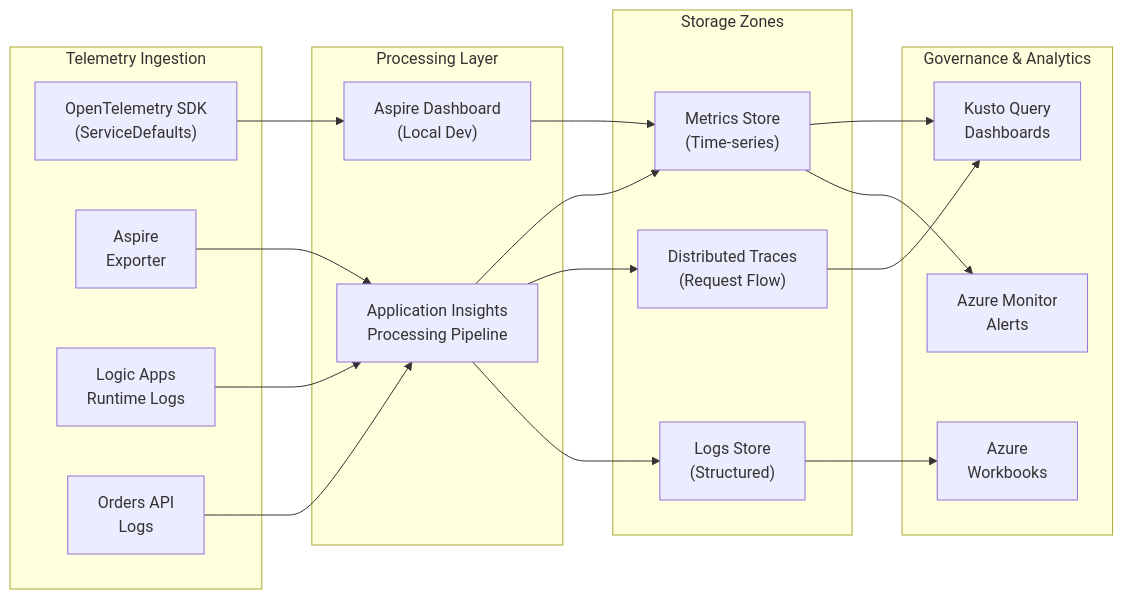
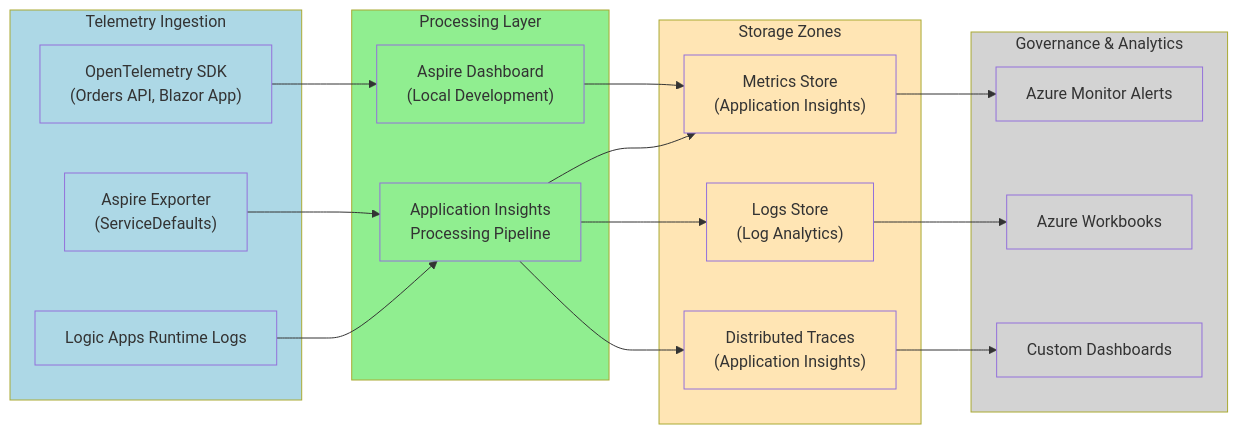
One commit to Evilazaro/Azure-LogicApps-Monitoring changed the fifth of 12 diagrams in README.md. Above: the diagram before and after it, drawn with Mermaid. The commit also changed other lines of this file, not shown here.

Commit message:
refactor: update flowcharts in README.md for improved clarity and consistency

````diff
--- a/README.md
+++ b/README.md
@@ -346,41 +382,54 @@
 ```mermaid
 flowchart LR
     subgraph Ingestion["Telemetry Ingestion"]
-        OTLP["OpenTelemetry SDK<br/>(ServiceDefaults)"]
-        AspireExporter["Aspire<br/>Exporter"]
-        LogicAppsLogs["Logic Apps<br/>Runtime Logs"]
-        APILogs["Orders API<br/>Logs"]
+        OTLP["OpenTelemetry SDK<br/>(Orders API, Blazor App)"]
+        AspireExporter["Aspire Exporter<br/>(ServiceDefaults)"]
+        LogicAppsLogs["Logic Apps Runtime Logs"]
     end
     
     subgraph Processing["Processing Layer"]
-        AspireDashboard["Aspire Dashboard<br/>(Local Dev)"]
+        AspireDashboard["Aspire Dashboard<br/>(Local Development)"]
         AppInsightsProcessing["Application Insights<br/>Processing Pipeline"]
     end
     
-    subgraph Storage["Storage Zones"]
-        MetricsDB["Metrics Store<br/>(Time-series)"]
-        LogsDB["Logs Store<br/>(Structured)"]
-        TracesDB["Distributed Traces<br/>(Request Flow)"]
+    subgraph StorageZones["Storage Zones"]
+        MetricsDB["Metrics Store<br/>(Application Insights)"]
+        LogsDB["Logs Store<br/>(Log Analytics)"]
+        TracesDB["Distributed Traces<br/>(Application Insights)"]
     end
     
     subgraph Governance["Governance & Analytics"]
-        Alerts["Azure Monitor<br/>Alerts"]
-        Workbooks["Azure<br/>Workbooks"]
-        KustoDashboards["Kusto Query<br/>Dashboards"]
+        AzureMonitor["Azure Monitor Alerts"]
+        Workbooks["Azure Workbooks"]
+        CustomDashboards["Custom Dashboards"]
     end
     
     OTLP --> AspireDashboard
     AspireExporter --> AppInsightsProcessing
     LogicAppsLogs --> AppInsightsProcessing
-    APILogs --> AppInsightsProcessing
     
     AspireDashboard --> MetricsDB
     AppInsightsProcessing --> LogsDB
     AppInsightsProcessing --> TracesDB
     AppInsightsProcessing --> MetricsDB
     
-    MetricsDB --> Alerts
+    MetricsDB --> AzureMonitor
     LogsDB --> Workbooks
-    TracesDB --> KustoDashboards
-    MetricsDB --> KustoDashboards
+    TracesDB --> CustomDashboards
+    
+    style Ingestion fill:#ADD8E6
+    style Processing fill:#90EE90
+    style StorageZones fill:#FFE5B4
+    style Governance fill:#D3D3D3
+    style OTLP fill:#ADD8E6
+    style AspireExporter fill:#ADD8E6
+    style LogicAppsLogs fill:#ADD8E6
+    style AspireDashboard fill:#90EE90
+    style AppInsightsProcessing fill:#90EE90
+    style MetricsDB fill:#FFE5B4
+    style LogsDB fill:#FFE5B4
+    style TracesDB fill:#FFE5B4
+    style AzureMonitor fill:#D3D3D3
+    style Workbooks fill:#D3D3D3
+    style CustomDashboards fill:#D3D3D3
 ```
````
